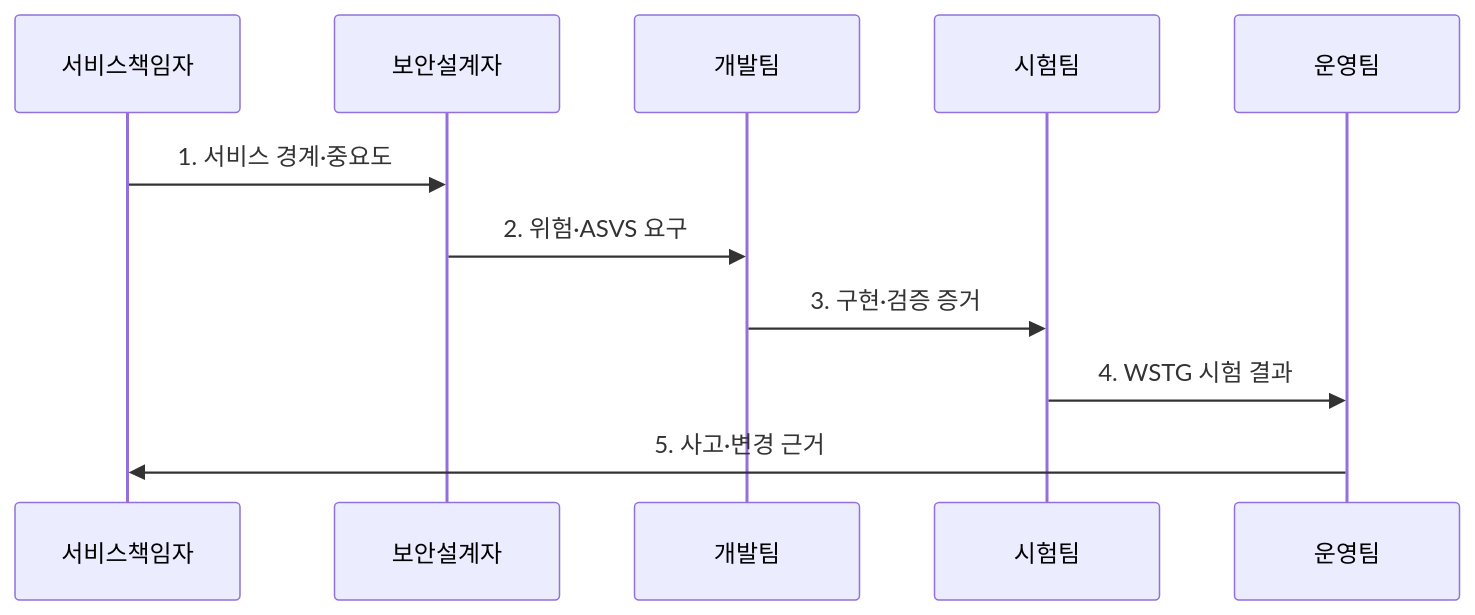
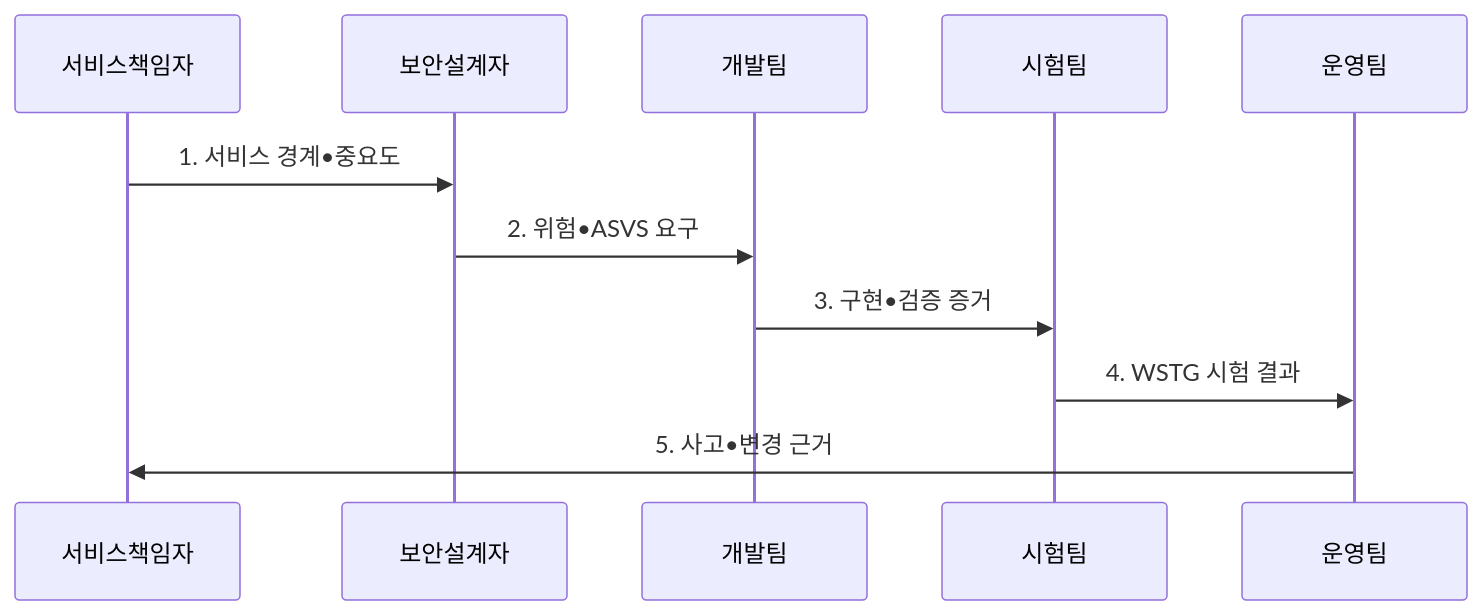
One commit to agnusdei1207/knowledge-base changed the second of 2 diagrams in src/content/docs/notes/05-security/045_owasp_top_10.md. Above: the diagram before and after it, drawn with Mermaid. The commit also changed other lines of this file and 953 other files, not shown here.

````diff
--- a/src/content/docs/notes/05-security/045_owasp_top_10.md
+++ b/src/content/docs/notes/05-security/045_owasp_top_10.md
@@ -103,13 +103,13 @@
 ```mermaid
 sequenceDiagram
     participant 서비스책임자
     participant 보안설계자
     participant 개발팀
     participant 시험팀
     participant 운영팀
-    서비스책임자->>보안설계자: 1. 서비스 경계·중요도
-    보안설계자->>개발팀: 2. 위험·ASVS 요구
-    개발팀->>시험팀: 3. 구현·검증 증거
+    서비스책임자->>보안설계자: 1. 서비스 경계•중요도
+    보안설계자->>개발팀: 2. 위험•ASVS 요구
+    개발팀->>시험팀: 3. 구현•검증 증거
     시험팀->>운영팀: 4. WSTG 시험 결과
-    운영팀->>서비스책임자: 5. 사고·변경 근거
+    운영팀->>서비스책임자: 5. 사고•변경 근거
 ```
````
